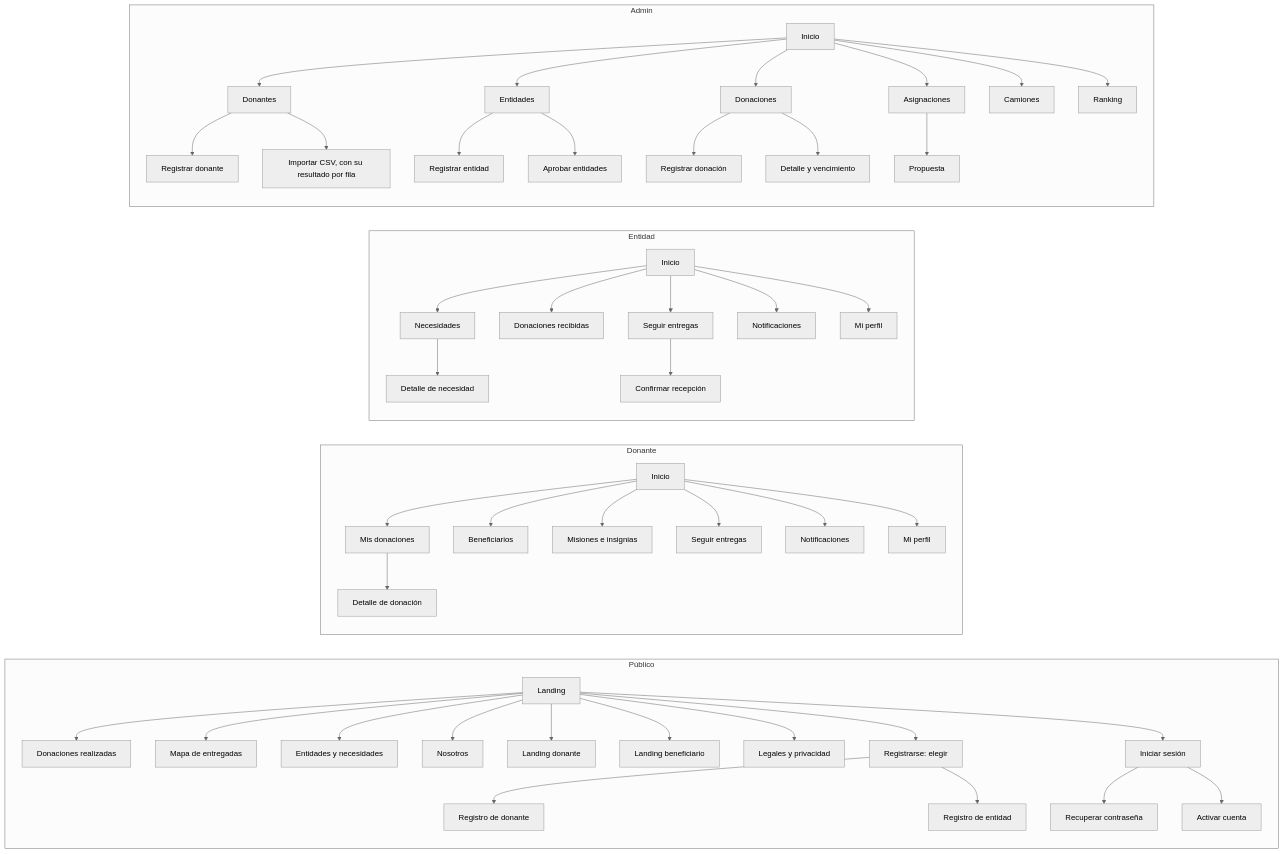
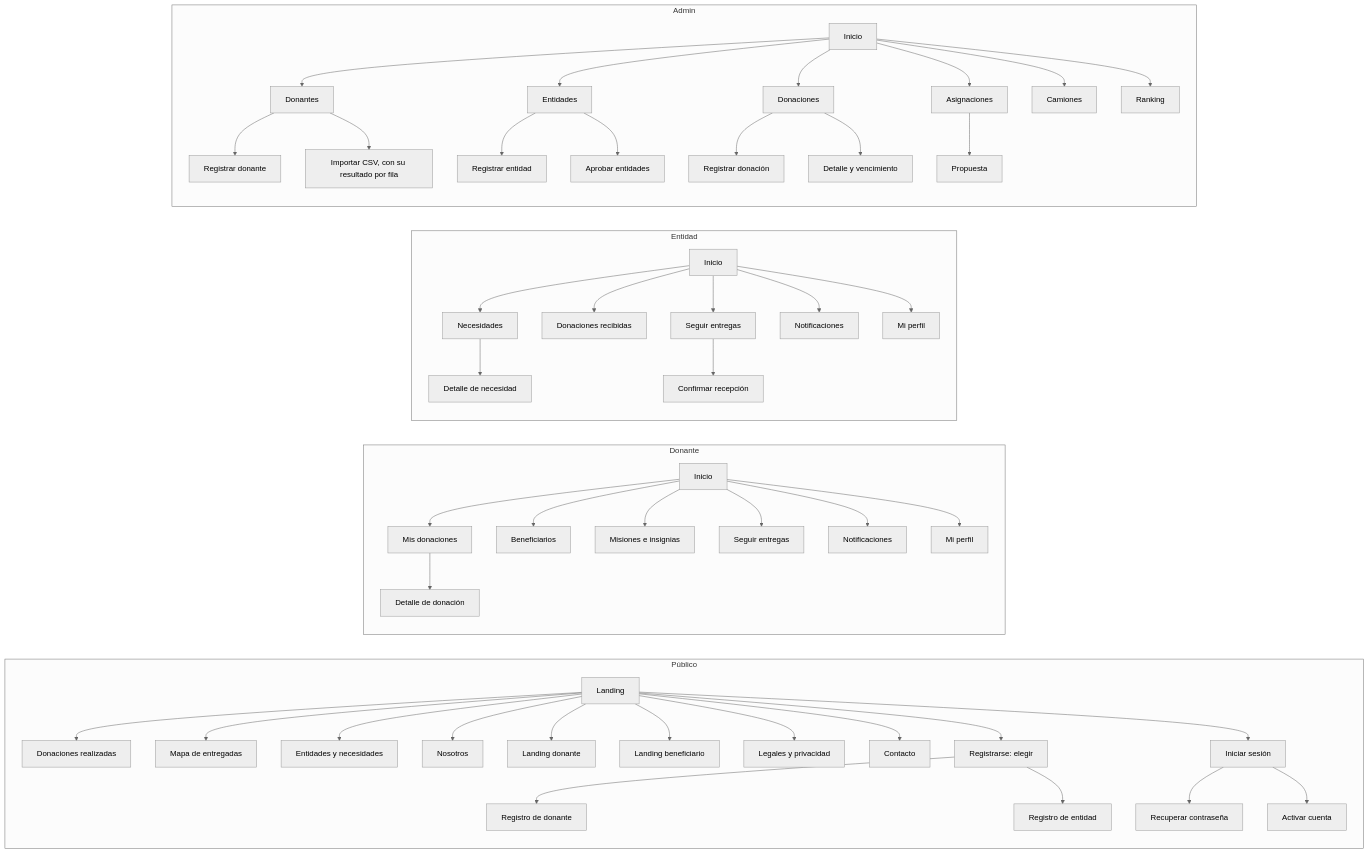
One commit to tsorren/DonaTrack-TP-DDS changed the diagram in docs/interfaz/mapa-del-sitio.md. Above: the diagram before and after it, drawn with Mermaid (neutral theme). The commit also changed other lines of this file and 37 other files, not shown here.

````diff
--- a/docs/interfaz/mapa-del-sitio.md
+++ b/docs/interfaz/mapa-del-sitio.md
@@ -12,47 +12,48 @@
 ```mermaid
 flowchart LR
   subgraph Publico["Público"]
     L[Landing] --> DR[Donaciones realizadas]
     L --> MP[Mapa de entregadas]
     L --> EN[Entidades y necesidades]
     L --> NO[Nosotros]
     L --> LD[Landing donante]
     L --> LB[Landing beneficiario]
     L --> LG[Legales y privacidad]
+    L --> CO[Contacto]
     L --> IS[Iniciar sesión]
     L --> RE[Registrarse: elegir]
     RE --> RD[Registro de donante]
     RE --> RN[Registro de entidad]
     IS --> RC[Recuperar contraseña]
     IS --> AC[Activar cuenta]
   end
   subgraph Donante
     ID[Inicio] --> MD[Mis donaciones] --> DD[Detalle de donación]
     ID --> BE[Beneficiarios]
     ID --> MI[Misiones e insignias]
     ID --> SD[Seguir entregas]
     ID --> ND[Notificaciones]
     ID --> PD[Mi perfil]
   end
   subgraph Entidad
     IE[Inicio] --> NE[Necesidades] --> DN[Detalle de necesidad]
     IE --> DRc[Donaciones recibidas]
     IE --> SE[Seguir entregas] --> CR[Confirmar recepción]
     IE --> NN[Notificaciones]
     IE --> PE[Mi perfil]
   end
   subgraph Admin
     IA[Inicio] --> DOa[Donantes]
     DOa --> RDo[Registrar donante]
     DOa --> CSV[Importar CSV, con su resultado por fila]
     IA --> ENa[Entidades]
     ENa --> REn[Registrar entidad]
     ENa --> AE[Aprobar entidades]
     IA --> DO[Donaciones]
     DO --> RDn[Registrar donación]
     DO --> DV[Detalle y vencimiento]
     IA --> AS[Asignaciones] --> PR[Propuesta]
     IA --> CA[Camiones]
     IA --> RK[Ranking]
   end
 ```
````
